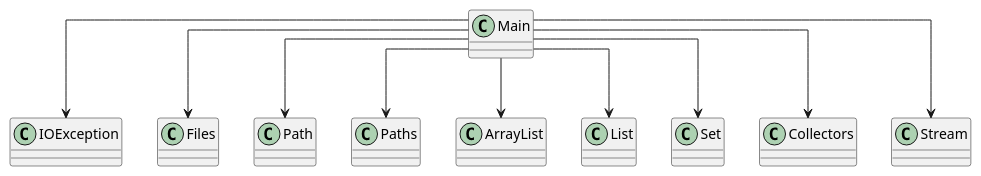
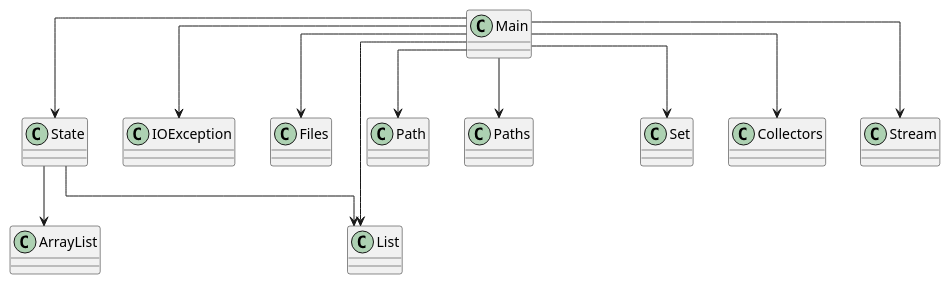
One commit to Magma-Foundation/Magma changed the diagram in diagram.puml. Above: the diagram before and after it, drawn with PlantUML. The commit also changed 2 other files, not shown here.

```diff
--- a/diagram.puml
+++ b/diagram.puml
@@ -1,13 +1,16 @@
 @startuml
 skinparam linetype ortho
 class Main
+Main --> State
 Main --> IOException
 Main --> Files
 Main --> Path
 Main --> Paths
-Main --> ArrayList
 Main --> List
 Main --> Set
 Main --> Collectors
 Main --> Stream
+class State
+State --> ArrayList
+State --> List
 @enduml
```
